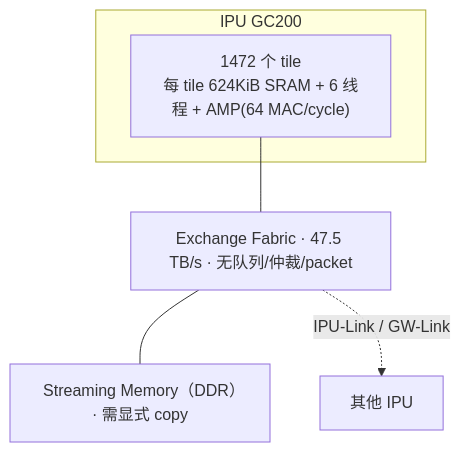
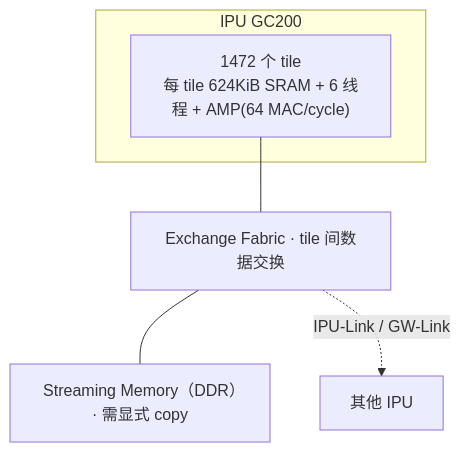
Diagram 13 of 17 in series/chip-architectures/云端推理芯片架构横向对比报告.md (microarch-flow/wiki), drawn with Mermaid before and after one commit. The commit also changed other lines of this file and 4 other files, not shown here.

Commit message:
docs: qualify chip architecture comparisons

````diff
--- a/series/chip-architectures/云端推理芯片架构横向对比报告.md
+++ b/series/chip-architectures/云端推理芯片架构横向对比报告.md
@@ -417,9 +417,9 @@
 ```mermaid
 graph TB
   subgraph IPU["IPU GC200"]
     T["1472 个 tile<br/>每 tile 624KiB SRAM + 6 线程 + AMP(64 MAC/cycle)"]
   end
-  T --- EX["Exchange Fabric · 47.5 TB/s · 无队列/仲裁/packet"]
+  T --- EX["Exchange Fabric · tile 间数据交换"]
   EX --- DDR["Streaming Memory（DDR）· 需显式 copy"]
   EX -.->|IPU-Link / GW-Link| IPU2["其他 IPU"]
 ```
````
